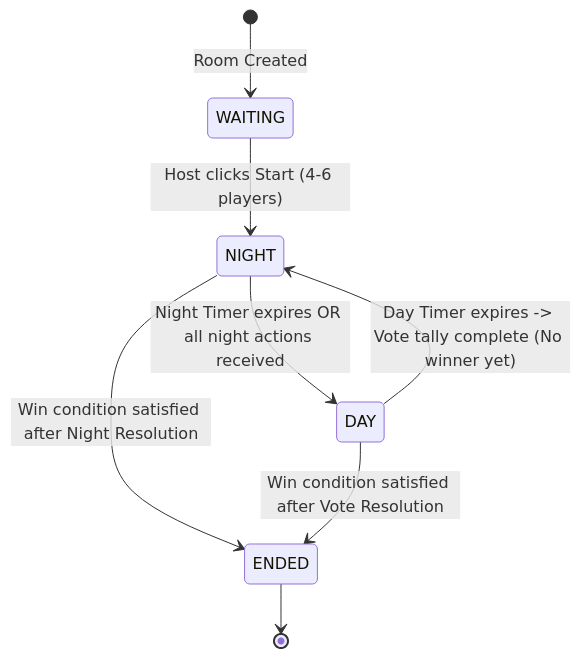
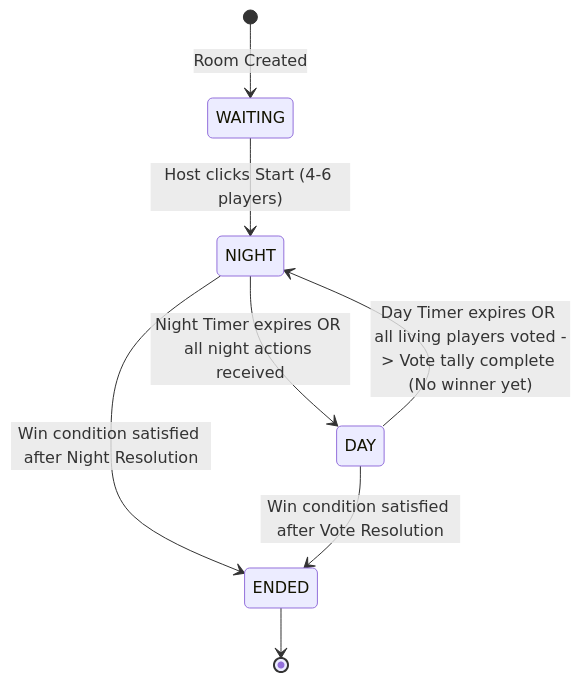
Before and after one commit to 098ff/sw-defined-werewolf: the diagram in docs/02-game-rules-and-ux.md, drawn with Mermaid. The commit also changed other lines of this file and 1 other file, not shown here.

Commit message:
docs(rules): day phase ends early when all living players have voted

````diff
--- a/docs/02-game-rules-and-ux.md
+++ b/docs/02-game-rules-and-ux.md
@@ -33,10 +33,10 @@
 ```mermaid
 stateDiagram-v2
     [*] --> WAITING : Room Created
     WAITING --> NIGHT : Host clicks Start (4-6 players)
     NIGHT --> DAY : Night Timer expires OR all night actions received
-    DAY --> NIGHT : Day Timer expires -> Vote tally complete (No winner yet)
+    DAY --> NIGHT : Day Timer expires OR all living players voted -> Vote tally complete (No winner yet)
     NIGHT --> ENDED : Win condition satisfied after Night Resolution
     DAY --> ENDED : Win condition satisfied after Vote Resolution
     ENDED --> [*]
 ```
````
